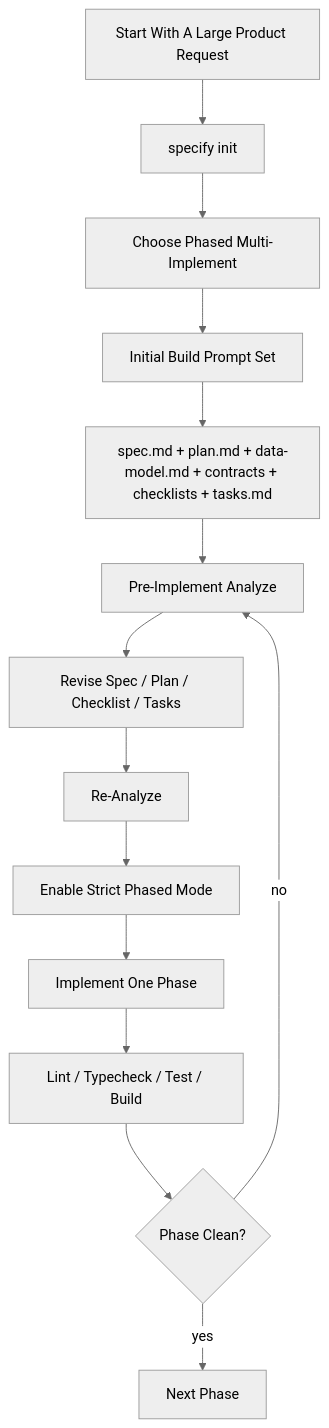
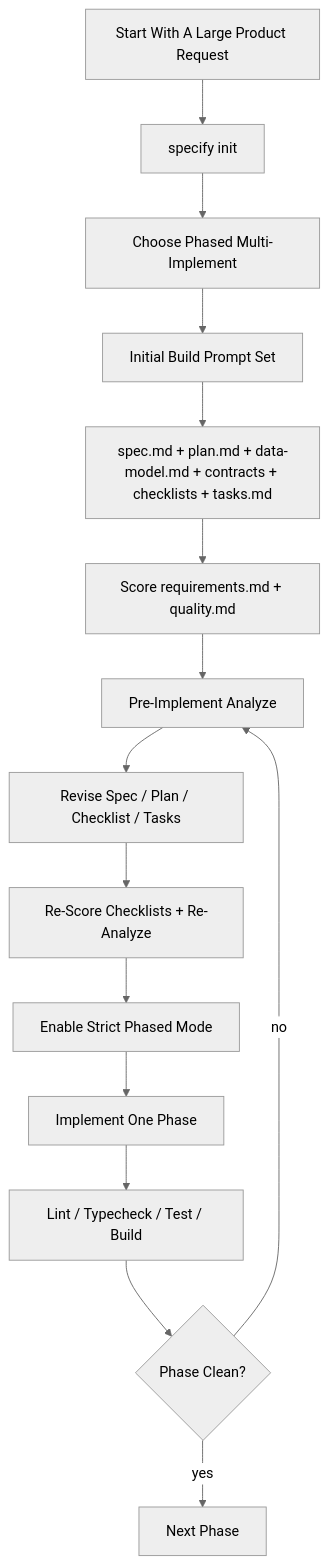
One commit to jessepetersondev/jesses-book-of-cool-speckit changed the diagram in docs/reproducibility/reproduce.md. Above: the diagram before and after it, drawn with Mermaid (neutral theme). The commit also changed other lines of this file and 17 other files, not shown here.

````diff
--- a/docs/reproducibility/reproduce.md
+++ b/docs/reproducibility/reproduce.md
@@ -15,16 +15,17 @@
 ```mermaid
 flowchart TD
     A[Start With A Large Product Request] --> B[specify init]
     B --> C[Choose Phased Multi-Implement]
     C --> D[Initial Build Prompt Set]
     D --> E[spec.md + plan.md + data-model.md + contracts + checklists + tasks.md]
-    E --> F[Pre-Implement Analyze]
-    F --> G[Revise Spec / Plan / Checklist / Tasks]
-    G --> H[Re-Analyze]
-    H --> I[Enable Strict Phased Mode]
-    I --> J[Implement One Phase]
-    J --> K[Lint / Typecheck / Test / Build]
-    K --> L{Phase Clean?}
-    L -->|yes| M[Next Phase]
-    L -->|no| F
+    E --> F[Score requirements.md + quality.md]
+    F --> G[Pre-Implement Analyze]
+    G --> H[Revise Spec / Plan / Checklist / Tasks]
+    H --> I[Re-Score Checklists + Re-Analyze]
+    I --> J[Enable Strict Phased Mode]
+    J --> K[Implement One Phase]
+    K --> L[Lint / Typecheck / Test / Build]
+    L --> M{Phase Clean?}
+    M -->|yes| N[Next Phase]
+    M -->|no| G
 ```
````
